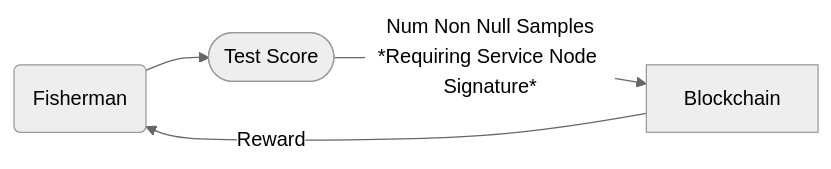
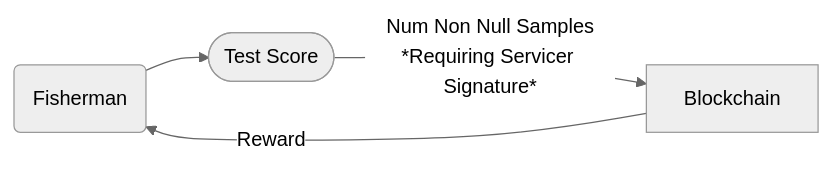
One commit to pokt-network/pocket-network-protocol changed the ninth of 11 diagrams in utility/README.md. Above: the diagram before and after it, drawn with Mermaid (neutral theme). The commit also changed other lines of this file, not shown here.

Commit message:
Updated Service Node(s) to Servicer(s)

````diff
--- a/utility/README.md
+++ b/utility/README.md
@@ -542,10 +561,10 @@
 ```mermaid
 graph LR
     Fish(Fisherman)
     TS([Test Score])
     B[Blockchain]
 
     Fish --> TS
-    TS -- Num Non Null Samples<br>*Requiring Service Node Signature* -->B
+    TS -- Num Non Null Samples<br>*Requiring Servicer Signature* -->B
     B -- Reward --> Fish
 ```
````
